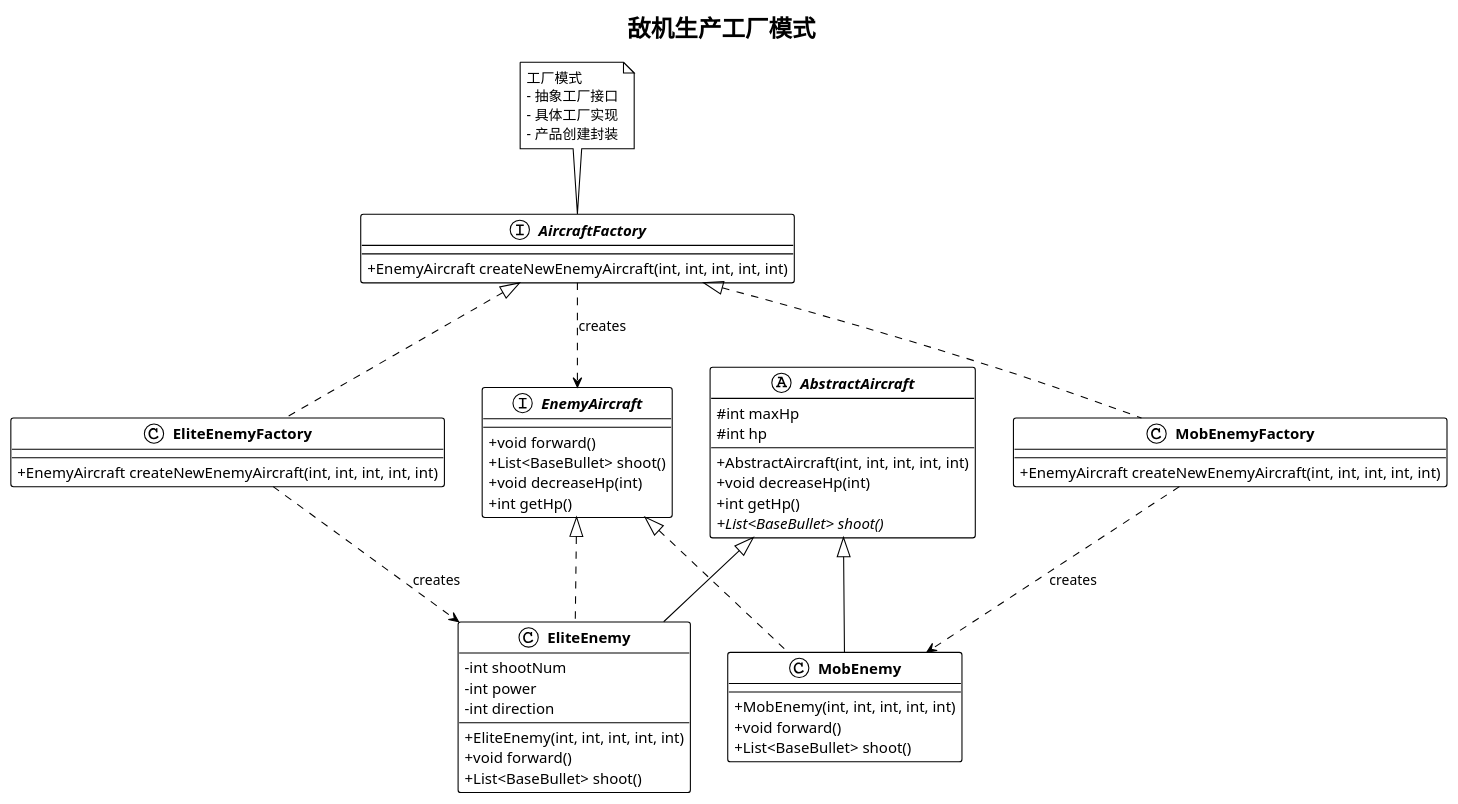
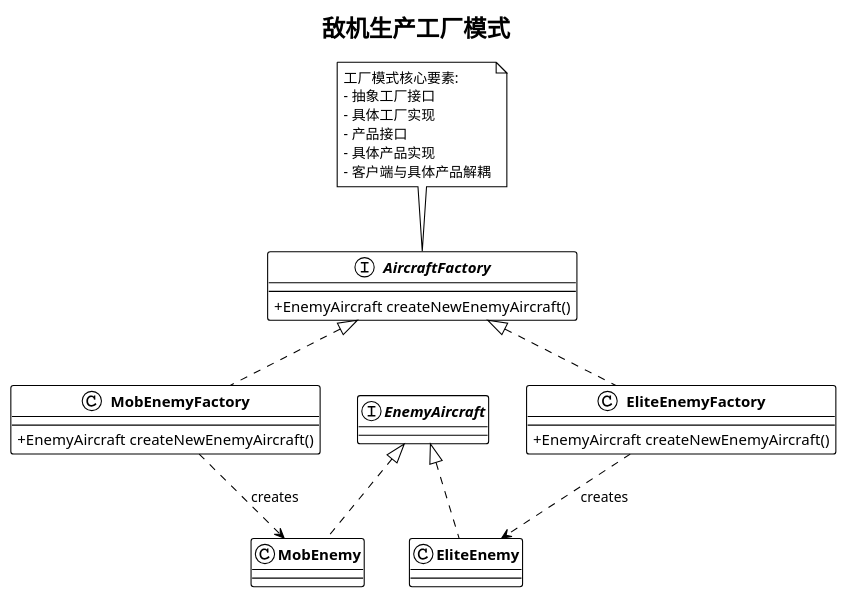
The diagram in uml/AircraftFactoryPattern.puml (lxtf1216/AircraftWar), drawn with PlantUML before and after one commit. The commit also changed 2 other files, not shown here.

Commit message:
modify ump graphs

```diff
--- a/uml/AircraftFactoryPattern.puml
+++ b/uml/AircraftFactoryPattern.puml
@@ -1,68 +1,41 @@
 @startuml AircraftFactoryPattern
 
 !theme plain
 skinparam classAttributeIconSize 0
 skinparam classFontStyle bold
 
 title 敌机生产工厂模式
 
-interface EnemyAircraft {
-    + void forward()
-    + List<BaseBullet> shoot()
-    + void decreaseHp(int)
-    + int getHp()
+interface AircraftFactory {
+    + EnemyAircraft createNewEnemyAircraft()
 }
 
-abstract class AbstractAircraft {
-    # int maxHp
-    # int hp
-    
-    + AbstractAircraft(int, int, int, int, int)
-    + void decreaseHp(int)
-    + int getHp()
-    + {abstract} List<BaseBullet> shoot()
+class MobEnemyFactory {
+    + EnemyAircraft createNewEnemyAircraft()
+}
+
+class EliteEnemyFactory {
+    + EnemyAircraft createNewEnemyAircraft()
+}
+
+interface EnemyAircraft {
 }
 
 class MobEnemy {
-    + MobEnemy(int, int, int, int, int)
-    + void forward()
-    + List<BaseBullet> shoot()
 }
 
 class EliteEnemy {
-    - int shootNum
-    - int power
-    - int direction
-    
-    + EliteEnemy(int, int, int, int, int)
-    + void forward()
-    + List<BaseBullet> shoot()
 }
-
-interface AircraftFactory {
-    + EnemyAircraft createNewEnemyAircraft(int, int, int, int, int)
-}
-
-class MobEnemyFactory {
-    + EnemyAircraft createNewEnemyAircraft(int, int, int, int, int)
-}
-
-class EliteEnemyFactory {
-    + EnemyAircraft createNewEnemyAircraft(int, int, int, int, int)
-}
-
-AbstractAircraft <|-- MobEnemy
-AbstractAircraft <|-- EliteEnemy
-EnemyAircraft <|.. MobEnemy
-EnemyAircraft <|.. EliteEnemy
 
 AircraftFactory <|.. MobEnemyFactory
 AircraftFactory <|.. EliteEnemyFactory
 
-AircraftFactory ..> EnemyAircraft : creates
+EnemyAircraft <|.. MobEnemy
+EnemyAircraft <|.. EliteEnemy
+
 MobEnemyFactory ..> MobEnemy : creates
 EliteEnemyFactory ..> EliteEnemy : creates
 
-note top of AircraftFactory : 工厂模式\n- 抽象工厂接口\n- 具体工厂实现\n- 产品创建封装
+note top of AircraftFactory : 工厂模式核心要素:\n- 抽象工厂接口\n- 具体工厂实现\n- 产品接口\n- 具体产品实现\n- 客户端与具体产品解耦
 
 @enduml
```
